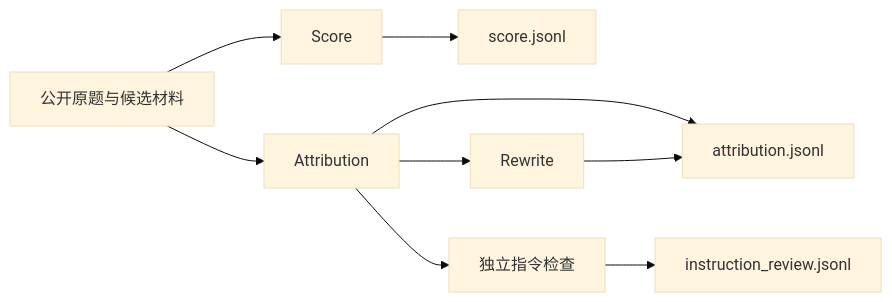
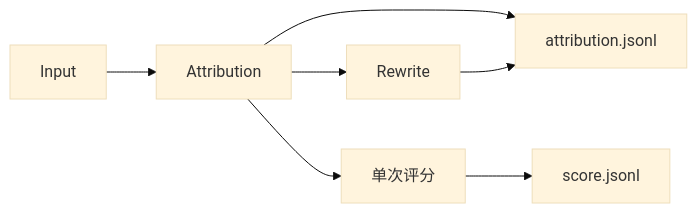
The diagram in docs/answer-review.md (cmy-hhxx/agent_eval_harness), drawn with Mermaid (base theme) before and after one commit. The commit also changed other lines of this file and 40 other files, not shown here.

Commit message:
fix(answer-review): score accepted attribution in a per-answer pipeline

````diff
--- a/docs/answer-review.md
+++ b/docs/answer-review.md
@@ -9,11 +9,9 @@
 ```mermaid
 flowchart LR
-  Input[公开原题与候选材料] --> Score[Score]
   Input --> Attribution[Attribution]
   Score --> Scores[score.jsonl]
   Attribution --> Attributions[attribution.jsonl]
-  Attribution --> Instructions[独立指令检查]
-  Instructions --> Reviews[instruction_review.jsonl]
+  Attribution --> Score[单次评分]
   Attribution --> Rewrite[Rewrite]
   Rewrite --> Attributions
 ```
````
